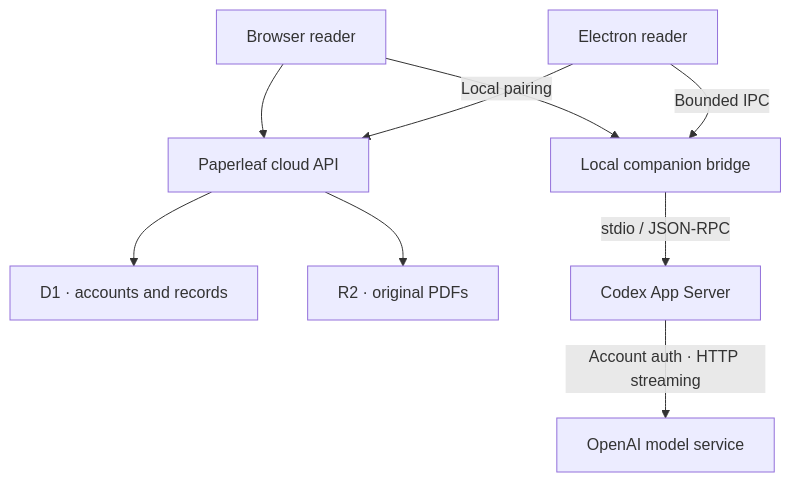
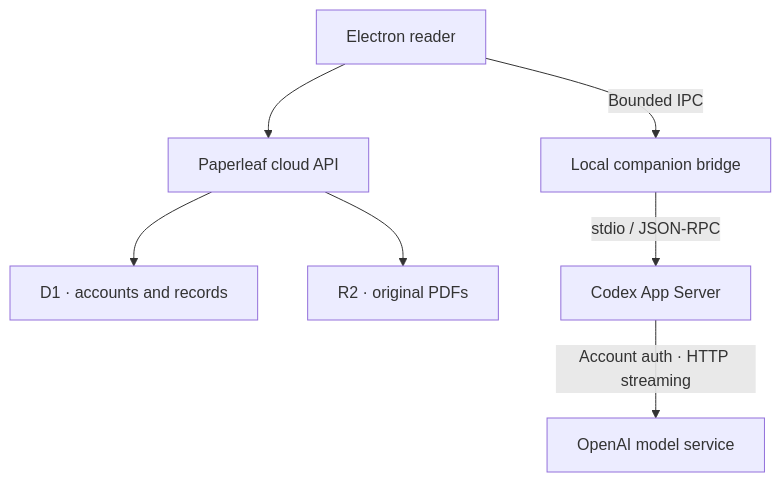
Before and after one commit to XCZchaos/paperleaf-reader: the diagram in README.en.md, drawn with Mermaid. The commit also changed other lines of this file and 42 other files, not shown here.

````diff
--- a/README.en.md
+++ b/README.en.md
@@ -132,11 +142,9 @@
 ```mermaid
 flowchart TB
-  Web["Browser reader"] --> API["Paperleaf cloud API"]
-  Desktop["Electron reader"] --> API
+  Desktop["Electron reader"] --> API["Paperleaf cloud API"]
   API --> D1["D1 · accounts and records"]
   API --> R2["R2 · original PDFs"]
-  Web -->|"Local pairing"| Bridge["Local companion bridge"]
-  Desktop -->|"Bounded IPC"| Bridge
+  Desktop -->|"Bounded IPC"| Bridge["Local companion bridge"]
   Bridge -->|"stdio / JSON-RPC"| Codex["Codex App Server"]
   Codex -->|"Account auth · HTTP streaming"| Model["OpenAI model service"]
 ```
````
